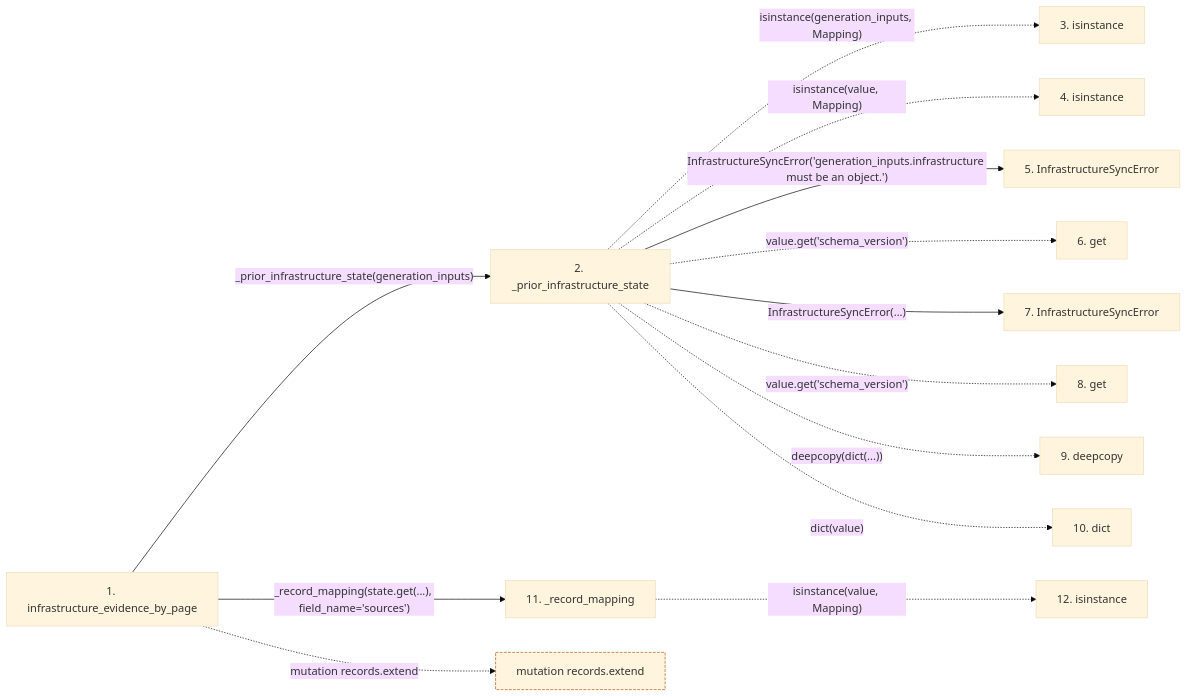
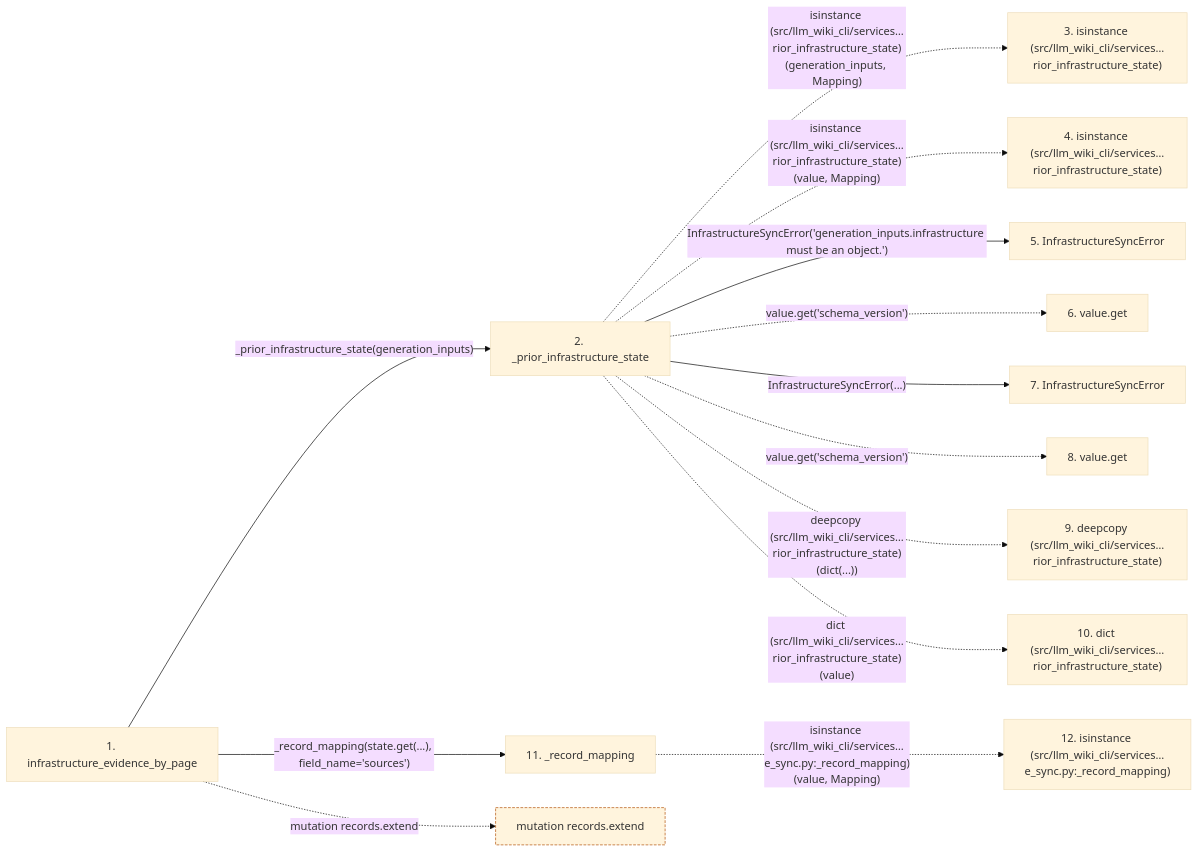
Before and after one commit to Denissvgn/python-wiki-llm: the second of 2 diagrams in docs/llm_wiki/flows/api-infrastructure_evidence_by_page.md, drawn with Mermaid (base theme). The commit also changed other lines of this file and 719 other files, not shown here.

````diff
--- a/docs/llm_wiki/flows/api-infrastructure_evidence_by_page.md
+++ b/docs/llm_wiki/flows/api-infrastructure_evidence_by_page.md
@@ -67,35 +69,35 @@
 ```mermaid
 flowchart LR
     s1["1. infrastructure_evidence_by_page"]
     s2["2. _prior_infrastructure_state"]
-    s3["3. isinstance"]
-    s4["4. isinstance"]
+    s3["3. isinstance (src/llm_wiki_cli/services…rior_infrastructure_state)"]
+    s4["4. isinstance (src/llm_wiki_cli/services…rior_infrastructure_state)"]
     s5["5. InfrastructureSyncError"]
-    s6["6. get"]
+    s6["6. value.get"]
     s7["7. InfrastructureSyncError"]
-    s8["8. get"]
-    s9["9. deepcopy"]
-    s10["10. dict"]
+    s8["8. value.get"]
+    s9["9. deepcopy (src/llm_wiki_cli/services…rior_infrastructure_state)"]
+    s10["10. dict (src/llm_wiki_cli/services…rior_infrastructure_state)"]
     s11["11. _record_mapping"]
-    s12["12. isinstance"]
+    s12["12. isinstance (src/llm_wiki_cli/services…e_sync.py:_record_mapping)"]
     s1 -->|"_prior_infrastructure_state(generation_inputs)"| s2
-    s2 -. "isinstance(generation_inputs, Mapping)" .-> s3
-    s2 -. "isinstance(value, Mapping)" .-> s4
+    s2 -. "isinstance (src/llm_wiki_cli/services…rior_infrastructure_state)(generation_inputs, Mapping)" .-> s3
+    s2 -. "isinstance (src/llm_wiki_cli/services…rior_infrastructure_state)(value, Mapping)" .-> s4
     s2 -->|"InfrastructureSyncError('generation_inputs.infrastructure must be an object.')"| s5
     s2 -. "value.get('schema_version')" .-> s6
     s2 -->|"InfrastructureSyncError(...)"| s7
     s2 -. "value.get('schema_version')" .-> s8
-    s2 -. "deepcopy(dict(...))" .-> s9
-    s2 -. "dict(value)" .-> s10
+    s2 -. "deepcopy (src/llm_wiki_cli/services…rior_infrastructure_state)(dict(...))" .-> s9
+    s2 -. "dict (src/llm_wiki_cli/services…rior_infrastructure_state)(value)" .-> s10
     s1 -->|"_record_mapping(state.get(...), field_name='sources')"| s11
-    s11 -. "isinstance(value, Mapping)" .-> s12
+    s11 -. "isinstance (src/llm_wiki_cli/services…e_sync.py:_record_mapping)(value, Mapping)" .-> s12
     b0["mutation records.extend"]
     s1 -. "mutation records.extend" .-> b0
     click s1 "../modules/infrastructure_sync.md"
     click s2 "../modules/infrastructure_sync.md"
     click s5 "../modules/infrastructure_sync.md"
     click s7 "../modules/infrastructure_sync.md"
     click s11 "../modules/infrastructure_sync.md"
     classDef boundary stroke:#b45309,stroke-dasharray: 4 2
     class b0 boundary
 ```
````
